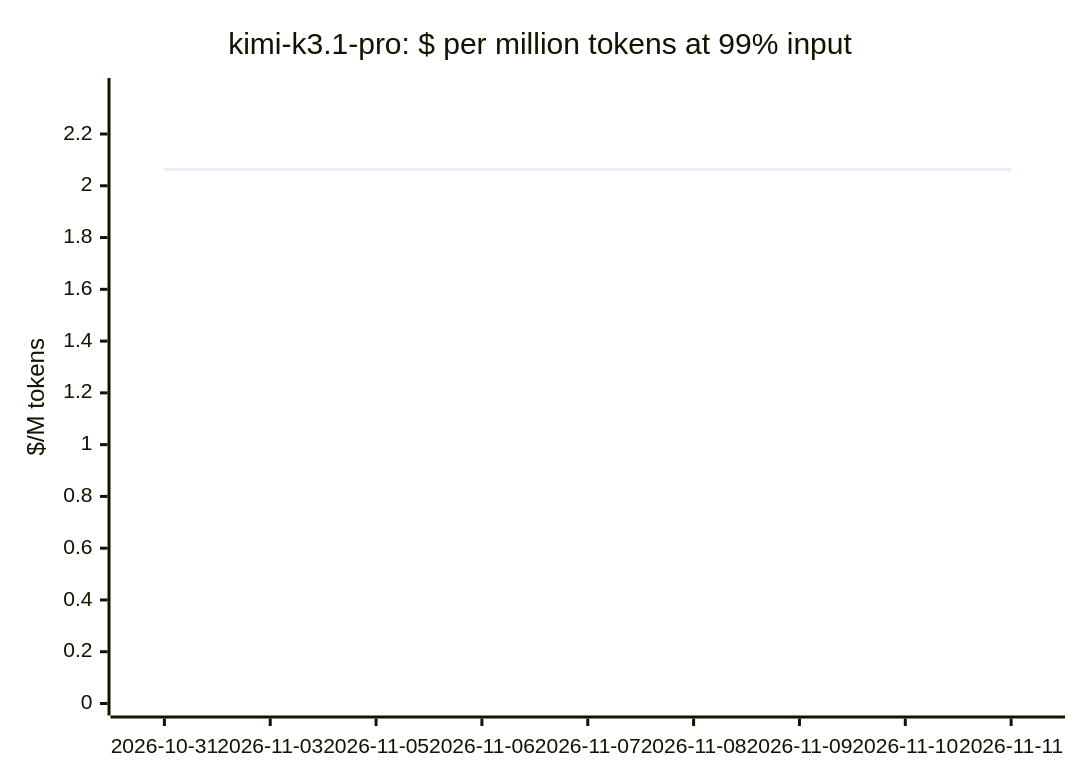
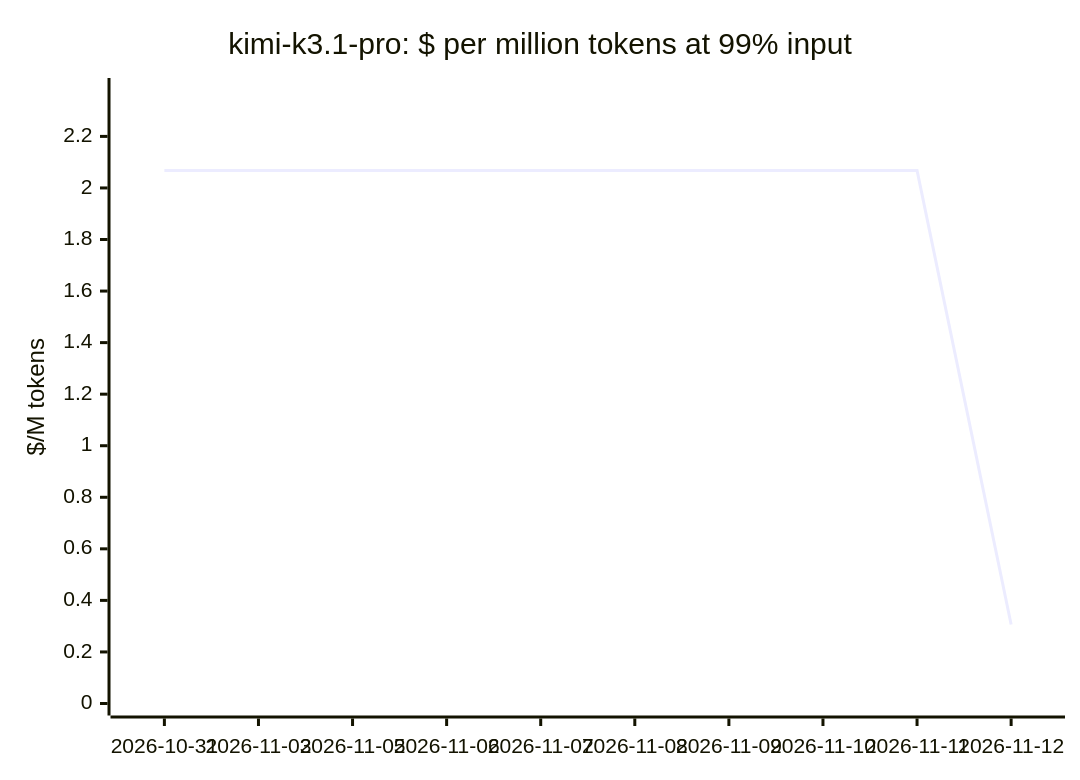
Diagram 12 of 19 in docs/openrouter-models.md (cklukas/OMEGA_TRANSFORM), drawn with Mermaid before and after one commit. The commit also changed other lines of this file and 47 other files, not shown here.

````diff
--- a/docs/openrouter-models.md
+++ b/docs/openrouter-models.md
@@ -238,7 +238,7 @@
 ```mermaid
 xychart-beta
     title "kimi-k3.1-pro: $ per million tokens at 99% input"
-    x-axis ["2026-10-31", "2026-11-03", "2026-11-05", "2026-11-06", "2026-11-07", "2026-11-08", "2026-11-09", "2026-11-10", "2026-11-11"]
-    y-axis "$/M tokens" 0 --> 2.37
-    line [2.063, 2.063, 2.063, 2.063, 2.063, 2.063, 2.063, 2.063, 2.063]
+    x-axis ["2026-10-31", "2026-11-03", "2026-11-05", "2026-11-06", "2026-11-07", "2026-11-08", "2026-11-09", "2026-11-10", "2026-11-11", "2026-11-12"]
+    y-axis "$/M tokens" 0 --> 2.38
+    line [2.068, 2.068, 2.068, 2.068, 2.068, 2.068, 2.068, 2.068, 2.068, 0.3067]
 ```
````
